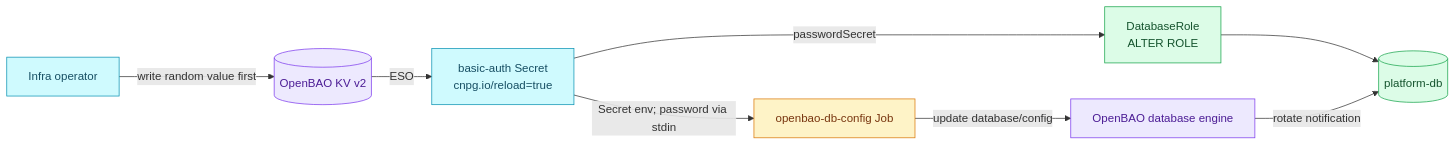
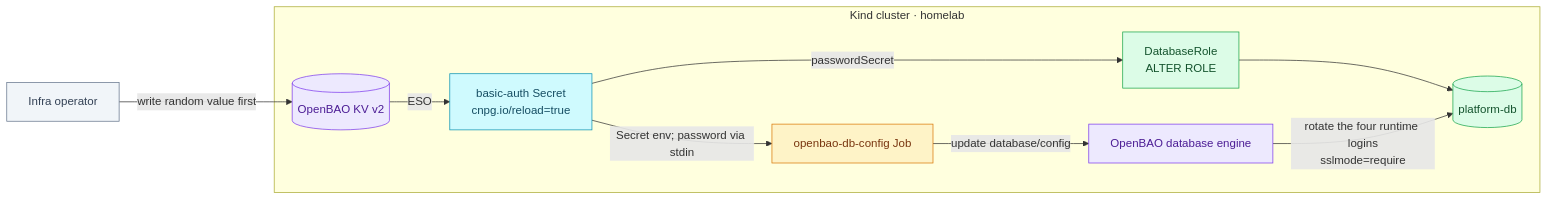
Before and after one commit to duynhlab/homelab: the diagram in docs/databases/runbooks/rotate-vault-rotator-credential.md, drawn with Mermaid. The commit also changed other lines of this file and 92 other files, not shown here.

First line of the commit message:
Finalise ADR-089 and refresh database diagrams (#1337)

````diff
--- a/docs/databases/runbooks/rotate-vault-rotator-credential.md
+++ b/docs/databases/runbooks/rotate-vault-rotator-credential.md
@@ -24,19 +24,23 @@
 ```mermaid
 flowchart LR
-    Operator["Infra operator"] -->|"write random value first"| Bao[("OpenBAO KV v2")]
-    Bao -->|"ESO"| Secret["basic-auth Secret<br/>cnpg.io/reload=true"]
-    Secret -->|"passwordSecret"| Role["DatabaseRole<br/>ALTER ROLE"]
-    Secret -->|"Secret env; password via stdin"| Job["openbao-db-config Job"]
-    Job -->|"update database/config"| Engine["OpenBAO database engine"]
-    Role --> PG[("platform-db")]
-    Engine -->|"rotate notification"| PG
+    subgraph Kind["Kind cluster · homelab"]
+        Bao[("OpenBAO KV v2")] -->|"ESO"| Secret["basic-auth Secret<br/>cnpg.io/reload=true"]
+        Secret -->|"passwordSecret"| Role["DatabaseRole<br/>ALTER ROLE"]
+        Secret -->|"Secret env; password via stdin"| Job["openbao-db-config Job"]
+        Job -->|"update database/config"| Engine["OpenBAO database engine"]
+        Role --> PG[("platform-db")]
+        Engine -->|"rotate the four runtime logins<br/>sslmode=require"| PG
+    end
+    Operator["Infra operator"] -->|"write random value first"| Bao
 
     classDef service fill:#cffafe,color:#164e63,stroke:#0891b2;
     classDef worker fill:#fef3c7,color:#78350f,stroke:#d97706;
     classDef platform fill:#ede9fe,color:#4c1d95,stroke:#7c3aed;
     classDef data fill:#dcfce7,color:#14532d,stroke:#16a34a;
-    class Operator,Secret service;
+    classDef external fill:#f1f5f9,color:#334155,stroke:#64748b;
+    class Operator external;
+    class Secret service;
     class Job worker;
     class Bao,Engine platform;
     class Role,PG data;
 ```
````
